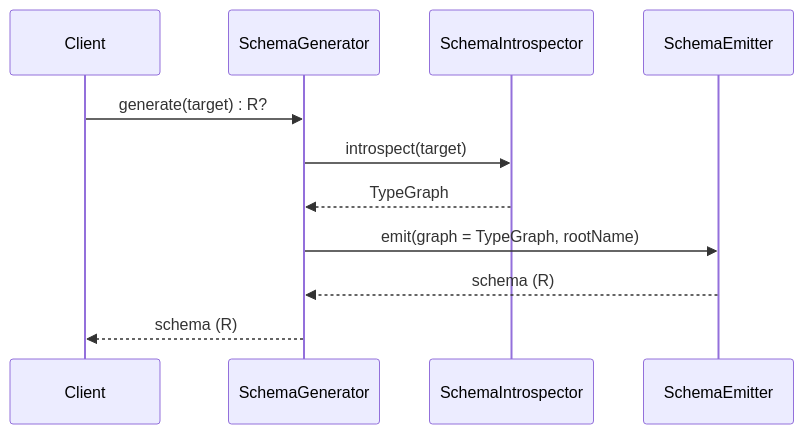
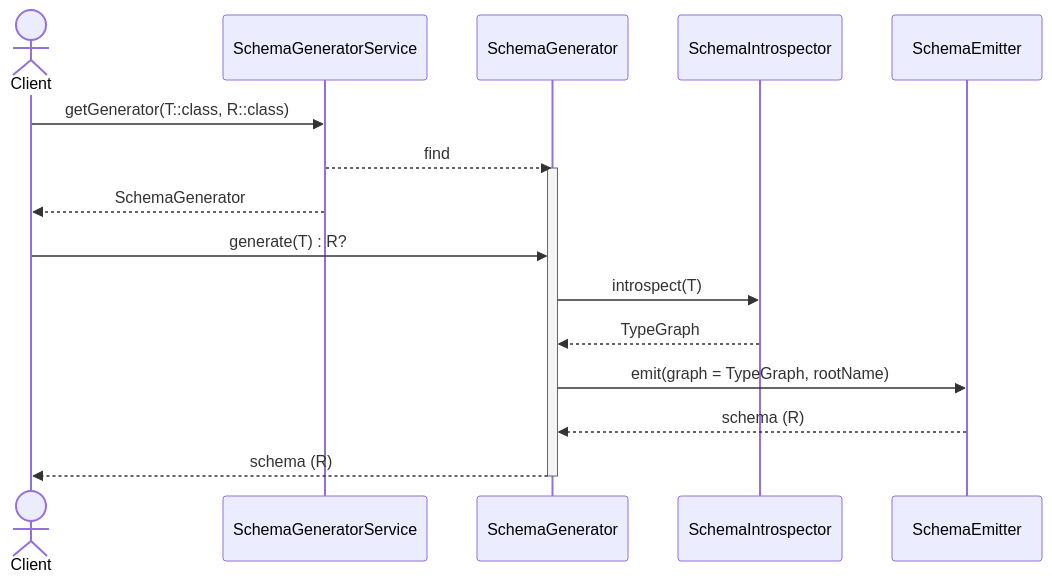
The second of 2 diagrams in README.md (Kotlin/kotlinx-schema), drawn with Mermaid before and after one commit. The commit also changed other lines of this file and 2 other files, not shown here.

````diff
--- a/README.md
+++ b/README.md
@@ -537,16 +570,22 @@
 ```mermaid
 sequenceDiagram
-    participant C as Client
+    actor C as Client
+    participant S as SchemaGeneratorService
     participant G as SchemaGenerator
     participant I as SchemaIntrospector
     participant E as SchemaEmitter
     
-    C->>G: generate(target) : R?
+    C->>S: getGenerator(T::class, R::class)
+    S-->>G: find
+    activate G
+    S-->>C: SchemaGenerator
+    C->>G: generate(T) : R?
 
-    G->>I: introspect(target)
+    G->>I: introspect(T)
     I-->>G: TypeGraph
 
     G->>E: emit(graph = TypeGraph, rootName)
     E-->>G: schema (R)
     G-->>C: schema (R)
+    deactivate G
 ```
````
